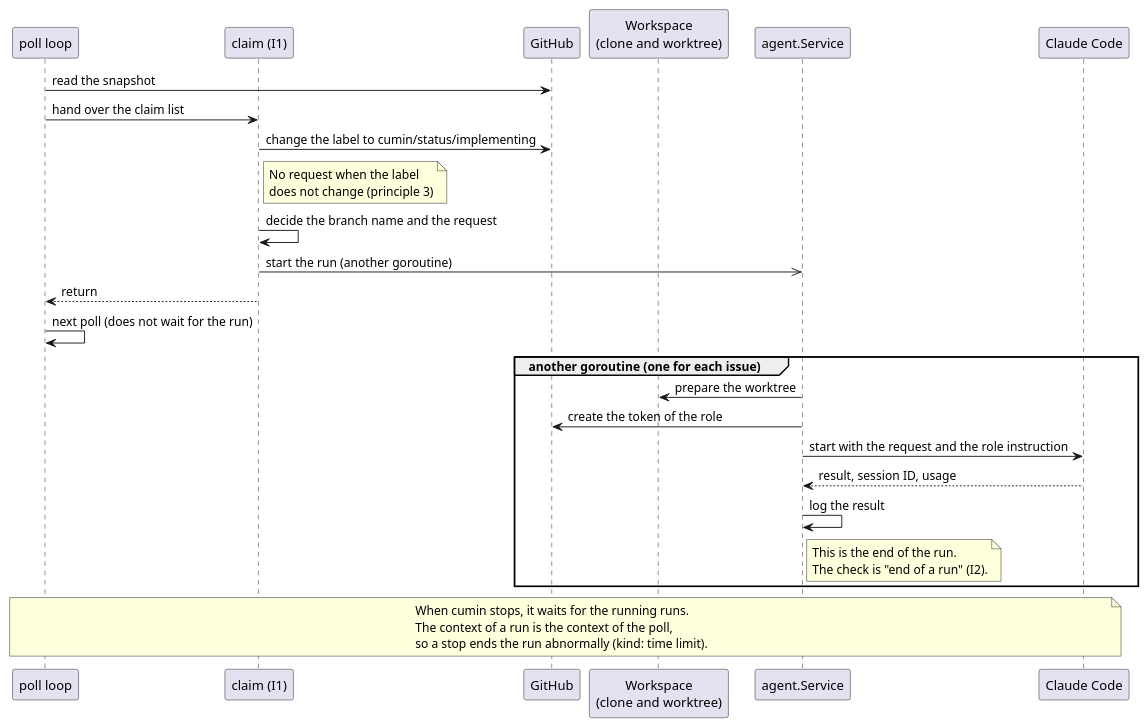
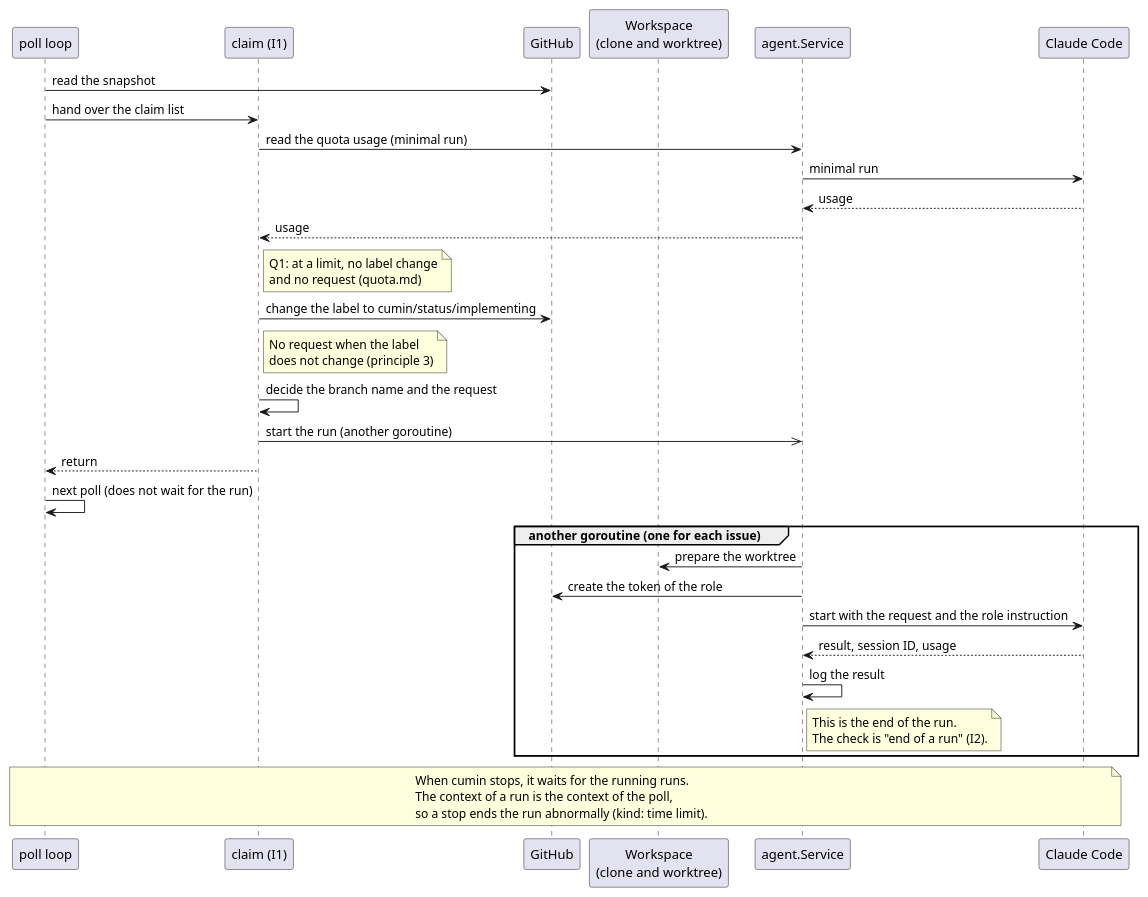
One commit to cloveclovedev/cumin-works changed the diagram in docs/ja/designs/poll-start.puml. Above: the diagram before and after it, drawn with PlantUML. The commit also changed 20 other files, not shown here.

First line of the commit message:
feat(quota): stop R1 and I1 at the quota limits before the label changes (Q1) (#263)

```diff
--- a/docs/ja/designs/poll-start.puml
+++ b/docs/ja/designs/poll-start.puml
@@ -1,44 +1,52 @@
 @startuml poll-start
 ' cumin works - the claim (I1) and agent runs in parallel.
 ' Document: poll.md, section on agent runs in parallel.
 ' Render: run scripts/render-diagrams.sh at the root of the repository.
 skinparam shadowing false
 skinparam defaultFontName sans-serif
 
 participant "poll loop" as poll
 participant "claim (I1)" as claim
 participant "GitHub" as gh
 participant "Workspace\n(clone and worktree)" as ws
 participant "agent.Service" as agents
 participant "Claude Code" as cli
 
 poll -> gh: read the snapshot
 poll -> claim: hand over the claim list
+claim -> agents: read the quota usage (minimal run)
+agents -> cli: minimal run
+cli --> agents: usage
+agents --> claim: usage
+note right of claim
+  Q1: at a limit, no label change
+  and no request (quota.md)
+end note
 claim -> gh: change the label to cumin/status/implementing
 note right of claim
   No request when the label
   does not change (principle 3)
 end note
 claim -> claim: decide the branch name and the request
 claim ->> agents: start the run (another goroutine)
 claim --> poll: return
 poll -> poll: next poll (does not wait for the run)
 
 group another goroutine (one for each issue)
   agents -> ws: prepare the worktree
   agents -> gh: create the token of the role
   agents -> cli: start with the request and the role instruction
   cli --> agents: result, session ID, usage
   agents -> agents: log the result
   note right of agents
     This is the end of the run.
     The check is "end of a run" (I2).
   end note
 end
 
 note over poll, cli
   When cumin stops, it waits for the running runs.
   The context of a run is the context of the poll,
   so a stop ends the run abnormally (kind: time limit).
 end note
 @enduml
```
